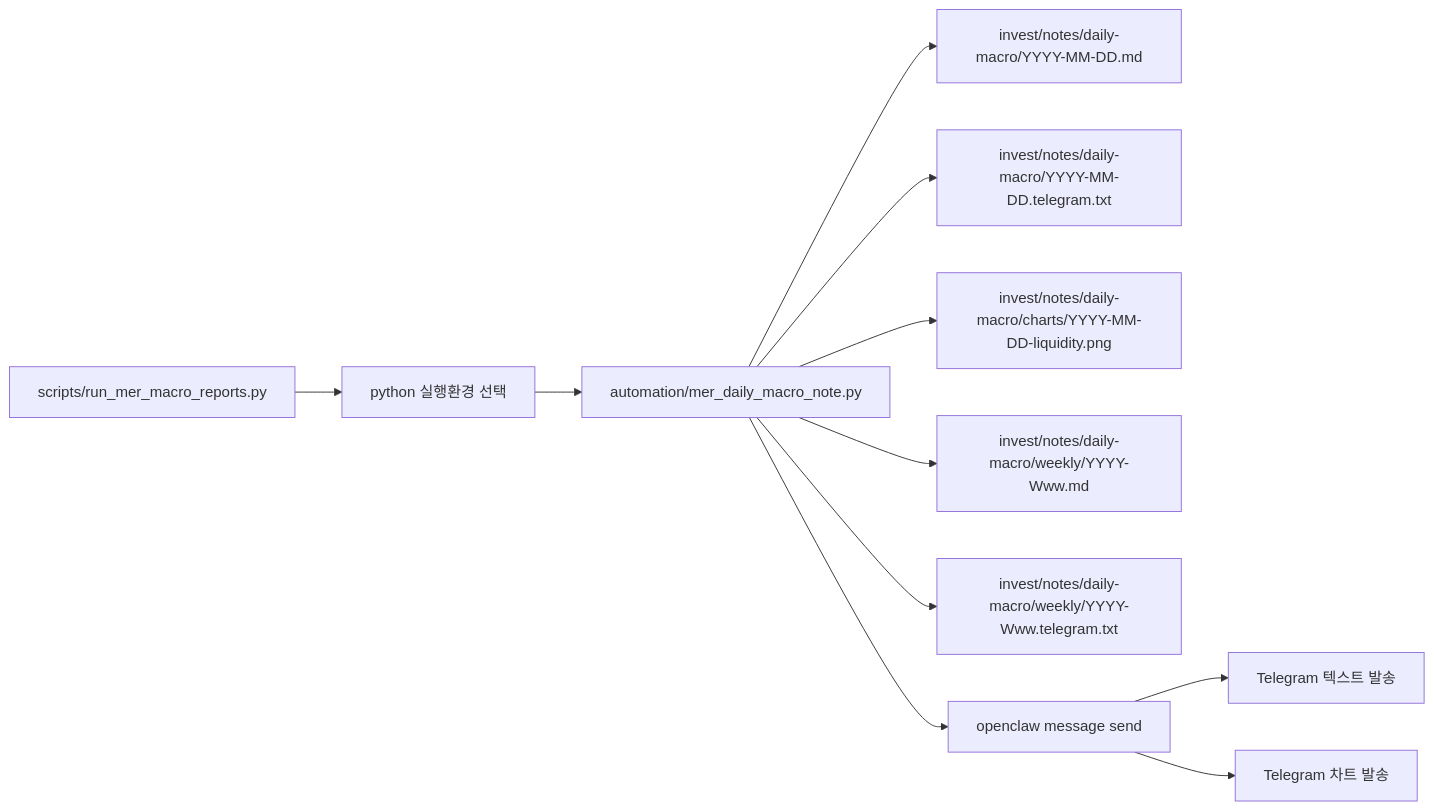
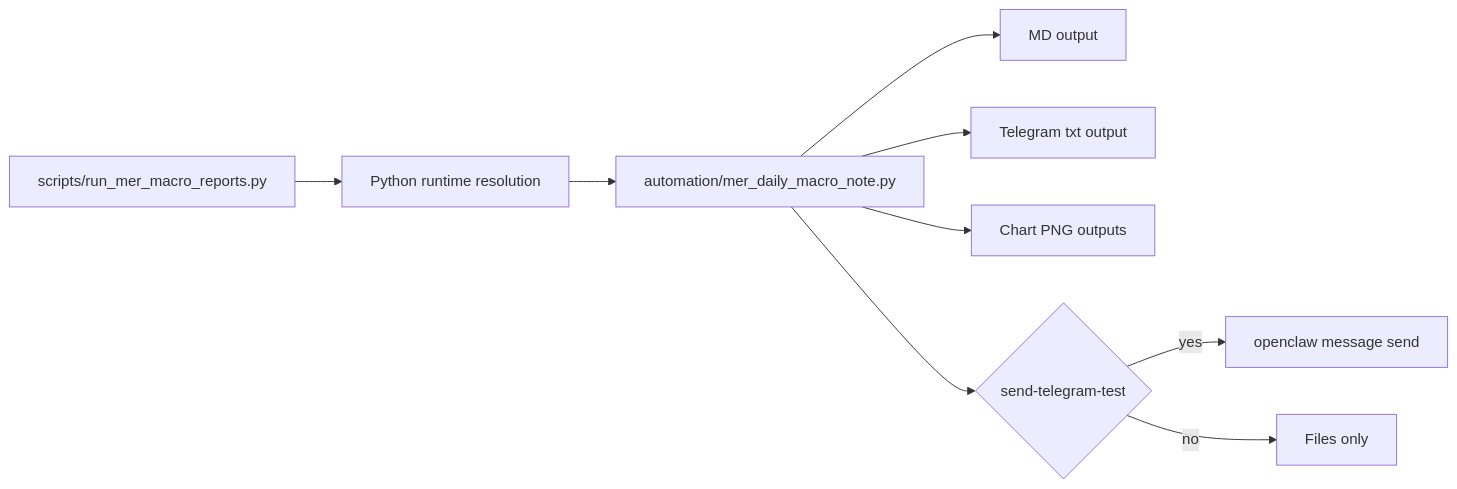
The second of 2 diagrams in README.md (dontotl/mer-macro-system), drawn with Mermaid before and after one commit. The commit also changed other lines of this file and 2 other files, not shown here.

````diff
--- a/README.md
+++ b/README.md
@@ -141,13 +142,11 @@
 ```mermaid
 flowchart LR
-    A[scripts/run_mer_macro_reports.py] --> B[python 실행환경 선택]
+    A[scripts/run_mer_macro_reports.py] --> B[Python runtime resolution]
     B --> C[automation/mer_daily_macro_note.py]
-    C --> D[invest/notes/daily-macro/YYYY-MM-DD.md]
-    C --> E[invest/notes/daily-macro/YYYY-MM-DD.telegram.txt]
-    C --> F[invest/notes/daily-macro/charts/YYYY-MM-DD-liquidity.png]
-    C --> G[invest/notes/daily-macro/weekly/YYYY-Www.md]
-    C --> H[invest/notes/daily-macro/weekly/YYYY-Www.telegram.txt]
-    C --> I[openclaw message send]
-    I --> J[Telegram 텍스트 발송]
-    I --> K[Telegram 차트 발송]
+    C --> D[MD output]
+    C --> E[Telegram txt output]
+    C --> F[Chart PNG outputs]
+    C --> G{send-telegram-test}
+    G -- yes --> H[openclaw message send]
+    G -- no --> I[Files only]
 ```
````
